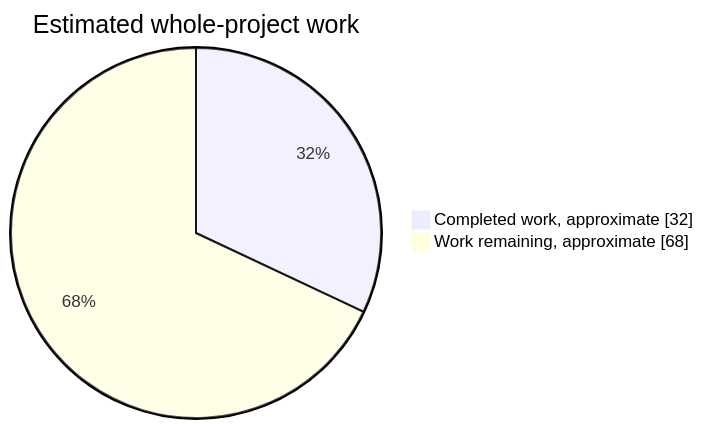
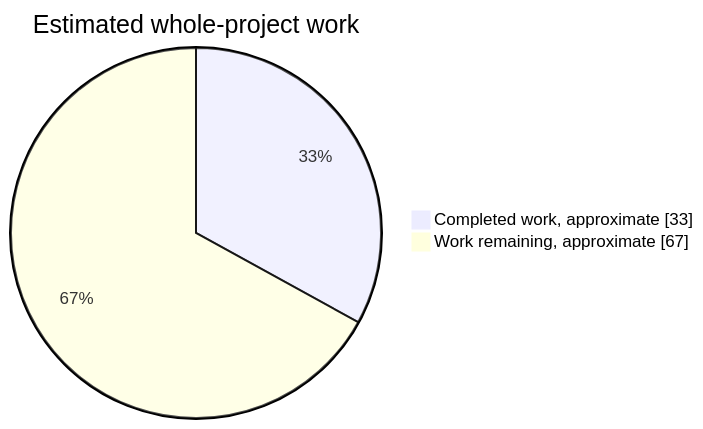
One commit to NachtRaveVL/stuntracefx changed the first of 2 diagrams in readme.md. Above: the diagram before and after it, drawn with Mermaid. The commit also changed other lines of this file and 9 other files, not shown here.

````diff
--- a/readme.md
+++ b/readme.md
@@ -56,6 +56,6 @@
 ```mermaid
 pie showData
     title Estimated whole-project work
-    "Completed work, approximate" : 32
-    "Work remaining, approximate" : 68
+    "Completed work, approximate" : 33
+    "Work remaining, approximate" : 67
 ```
````
